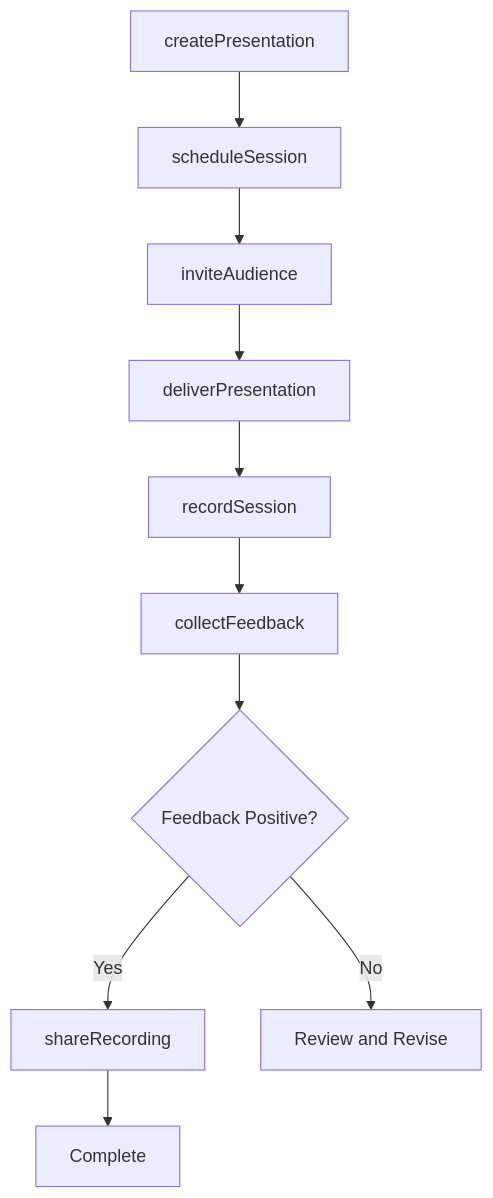
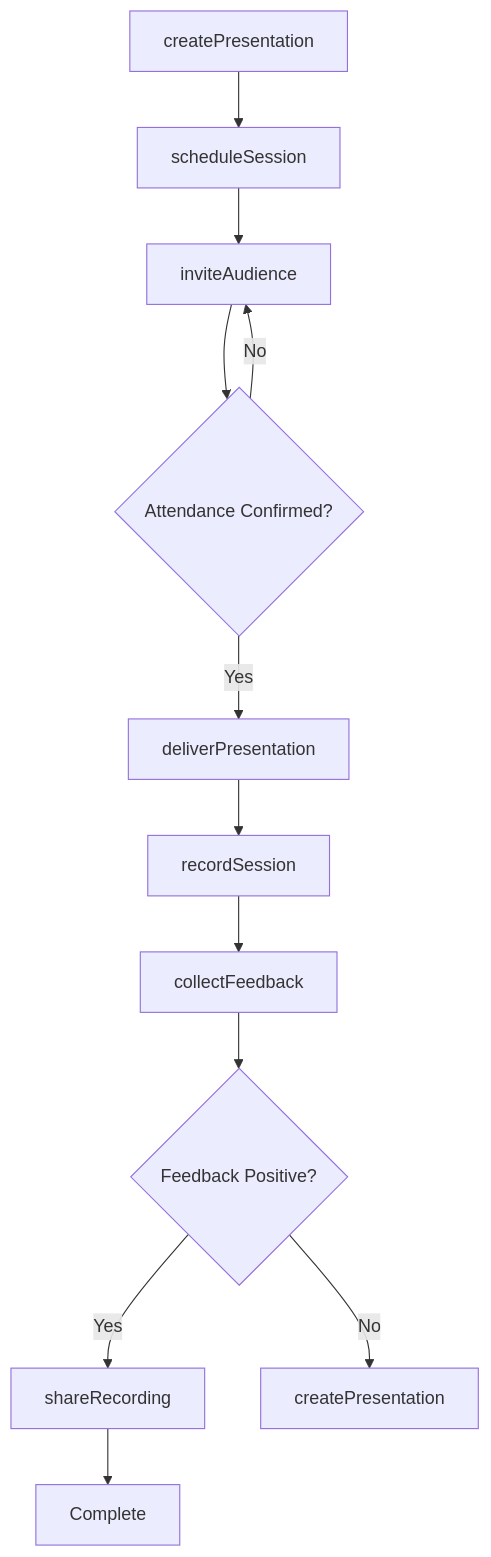
The third of 4 diagrams in CommunicatingWithPeopleOutsideTheOrganization/ProvideInformationToGuestsClientsOrCustomers/PresentBusiness-relatedInformationAudiences.mdx (dot-org-ai/tasks.org.ai), drawn with Mermaid before and after one commit. The commit also changed other lines of this file and 504 other files, not shown here.

First line of the commit message:
feat: Add ER diagrams, state diagrams, and workflow improvements to 96 DWA task files

````diff
--- a/CommunicatingWithPeopleOutsideTheOrganization/ProvideInformationToGuestsClientsOrCustomers/PresentBusiness-relatedInformationAudiences.mdx
+++ b/CommunicatingWithPeopleOutsideTheOrganization/ProvideInformationToGuestsClientsOrCustomers/PresentBusiness-relatedInformationAudiences.mdx
@@ -87,12 +114,14 @@
 ```mermaid
 graph TD
     A[createPresentation] --> B[scheduleSession]
     B --> C[inviteAudience]
-    C --> D[deliverPresentation]
-    D --> E[recordSession]
-    E --> F[collectFeedback]
-    F --> G{Feedback Positive?}
-    G -->|Yes| H[shareRecording]
-    G -->|No| I[Review and Revise]
-    H --> J[Complete]
+    C --> D{Attendance Confirmed?}
+    D -->|Yes| E[deliverPresentation]
+    D -->|No| C
+    E --> F[recordSession]
+    F --> G[collectFeedback]
+    G --> H{Feedback Positive?}
+    H -->|Yes| I[shareRecording]
+    H -->|No| J[createPresentation]
+    I --> K[Complete]
 ```
````
